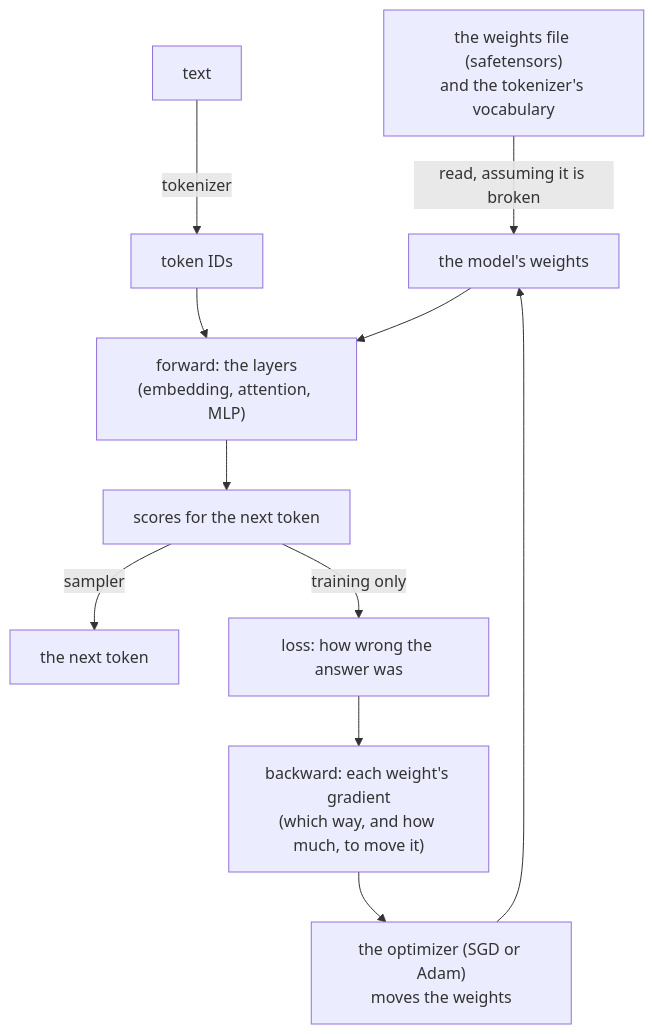
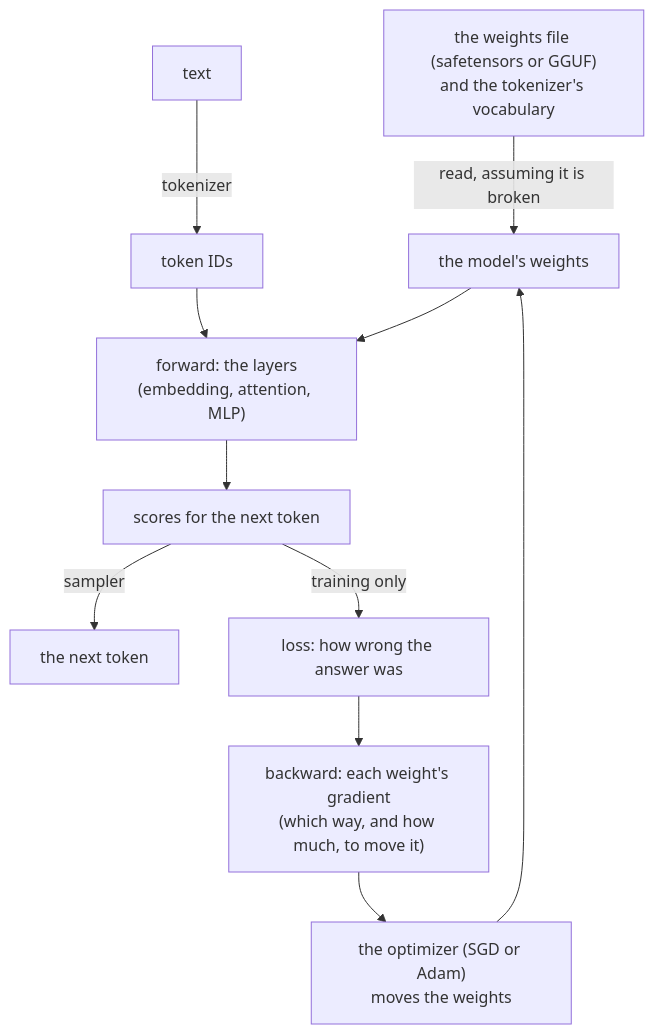
The first of 2 diagrams in ksai/docs/DESIGN-learning.md (kansosystem-org/kspl-experimental), drawn with Mermaid before and after one commit. The commit also changed other lines of this file and 117 other files, not shown here.

````diff
--- a/ksai/docs/DESIGN-learning.md
+++ b/ksai/docs/DESIGN-learning.md
@@ -7,13 +7,13 @@
 ```mermaid
 flowchart TD
-    F["the weights file (safetensors)<br/>and the tokenizer's vocabulary"] -->|read, assuming it is broken| W[the model's weights]
+    F["the weights file (safetensors or GGUF)<br/>and the tokenizer's vocabulary"] -->|read, assuming it is broken| W[the model's weights]
     T[text] -->|tokenizer| I[token IDs]
     I --> FW["forward: the layers<br/>(embedding, attention, MLP)"]
     W --> FW
     FW --> S[scores for the next token]
     S -->|sampler| N[the next token]
     S -->|training only| L["loss: how wrong the answer was"]
     L --> B["backward: each weight's gradient<br/>(which way, and how much, to move it)"]
     B --> U["the optimizer (SGD or Adam)<br/>moves the weights"]
     U --> W
 ```
````
